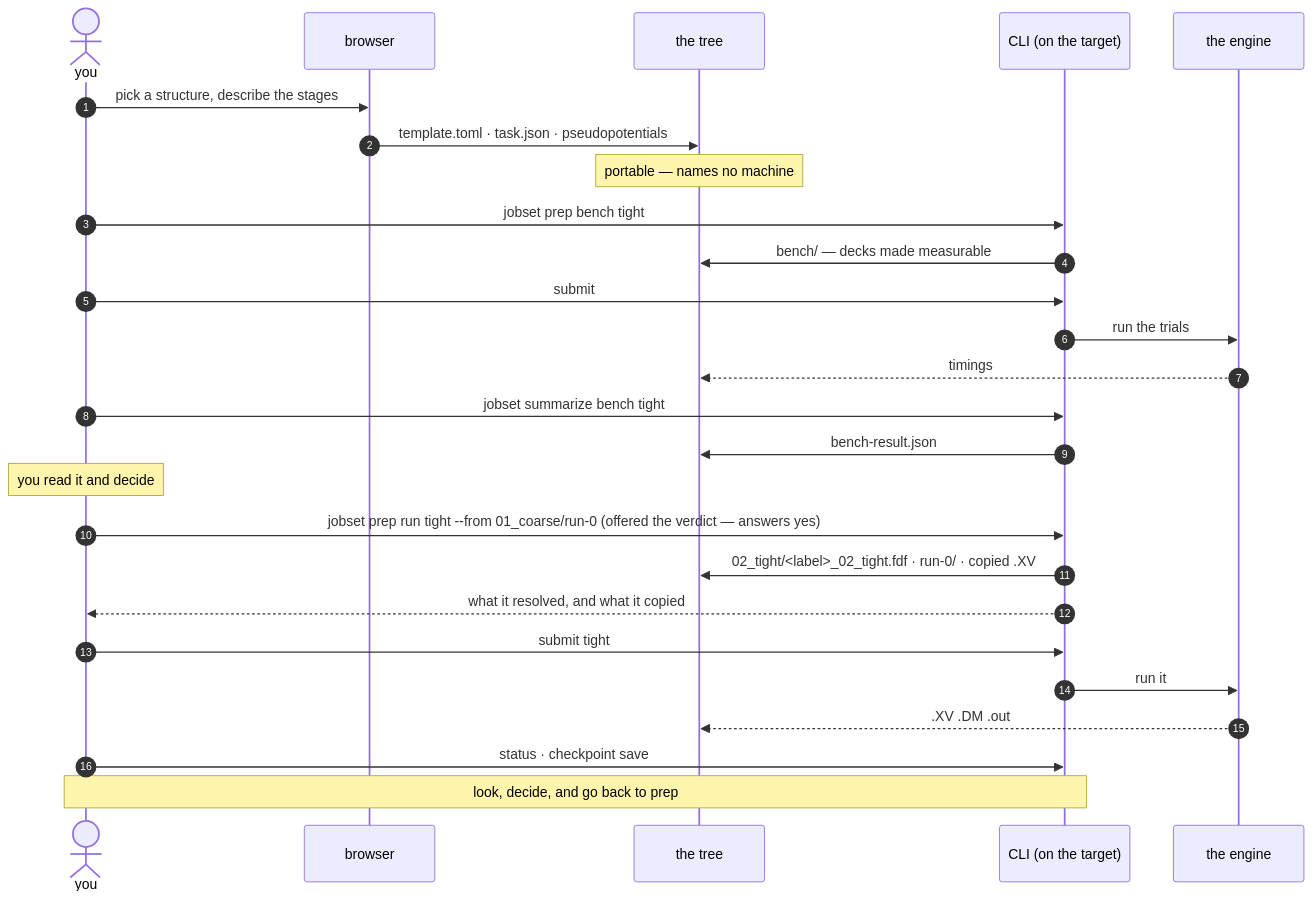
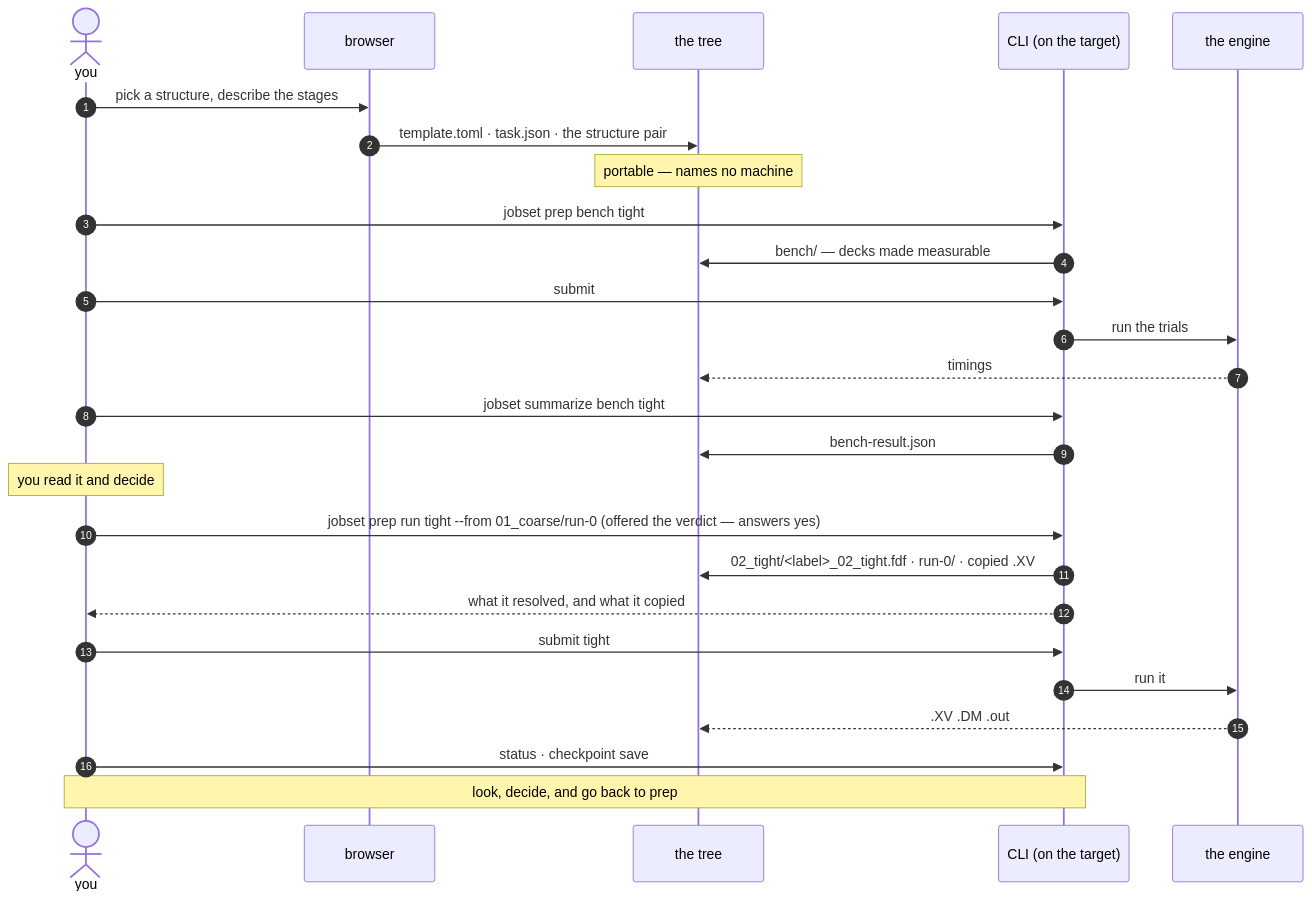
One commit to Qing-LAB/molbuilder changed the ninth of 10 diagrams in docs/execution/project-layout.md. Above: the diagram before and after it, drawn with Mermaid. The commit also changed other lines of this file and 24 other files, not shown here.

````diff
--- a/docs/execution/project-layout.md
+++ b/docs/execution/project-layout.md
@@ -1151,33 +1155,33 @@
 ```mermaid
 sequenceDiagram
     autonumber
     actor U as you
     participant B as browser
     participant T as the tree
     participant C as CLI (on the target)
     participant E as the engine
 
     U->>B: pick a structure, describe the stages
-    B->>T: template.toml · task.json · pseudopotentials
+    B->>T: template.toml · task.json · the structure pair
     Note over T: portable — names no machine
 
     U->>C: jobset prep bench tight
     C->>T: bench/ — decks made measurable
     U->>C: submit
     C->>E: run the trials
     E-->>T: timings
     U->>C: jobset summarize bench tight
     C->>T: bench-result.json
 
     Note over U: you read it and decide
 
     U->>C: jobset prep run tight --from 01_coarse/run-0 (offered the verdict — answers yes)
     C->>T: 02_tight/<label>_02_tight.fdf · run-0/ · copied .XV
     C-->>U: what it resolved, and what it copied
     U->>C: submit tight
     C->>E: run it
     E-->>T: .XV .DM .out
 
     U->>C: status · checkpoint save
     Note over U,C: look, decide, and go back to prep
 ```
````
